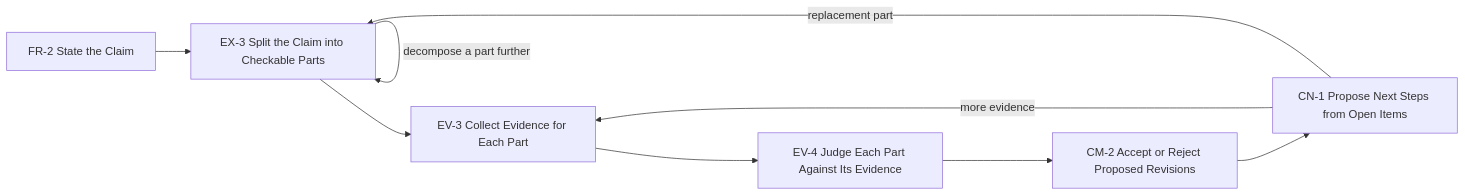
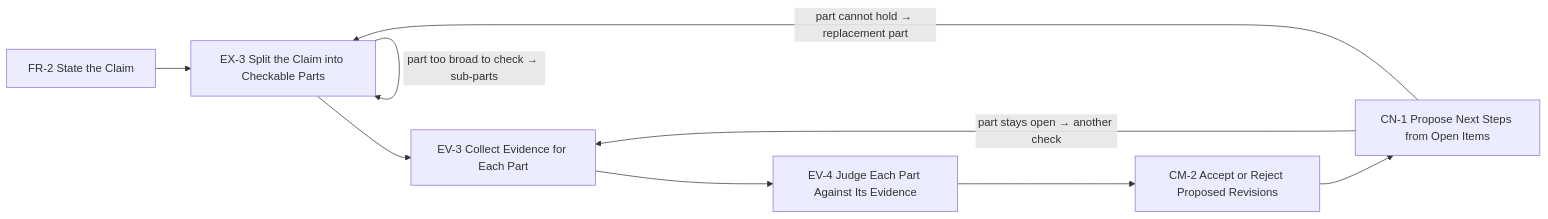
The diagram in pattern-language/patterns/WF-C.md (ucla-hci/interaction-design-patterns), drawn with Mermaid before and after one commit. The commit also changed 5 other files, not shown here.

Commit message:
10/13: workflow diagrams — muted colors, labeled loop-back and branch edges

````diff
--- a/pattern-language/patterns/WF-C.md
+++ b/pattern-language/patterns/WF-C.md
@@ -18,11 +18,11 @@
 ```mermaid
 flowchart LR
 FR2["FR-2 State the Claim"] --> EX3["EX-3 Split the Claim into Checkable Parts"]
 EX3 --> EV3["EV-3 Collect Evidence for Each Part"]
 EV3 --> EV4["EV-4 Judge Each Part Against Its Evidence"]
 EV4 --> CM2["CM-2 Accept or Reject Proposed Revisions"]
 CM2 --> CN1["CN-1 Propose Next Steps from Open Items"]
-CN1 -- "more evidence" --> EV3
-CN1 -- "replacement part" --> EX3
-EX3 -- "decompose a part further" --> EX3
+CN1 -- "part stays open → another check" --> EV3
+CN1 -- "part cannot hold → replacement part" --> EX3
+EX3 -- "part too broad to check → sub-parts" --> EX3
 ```
````
